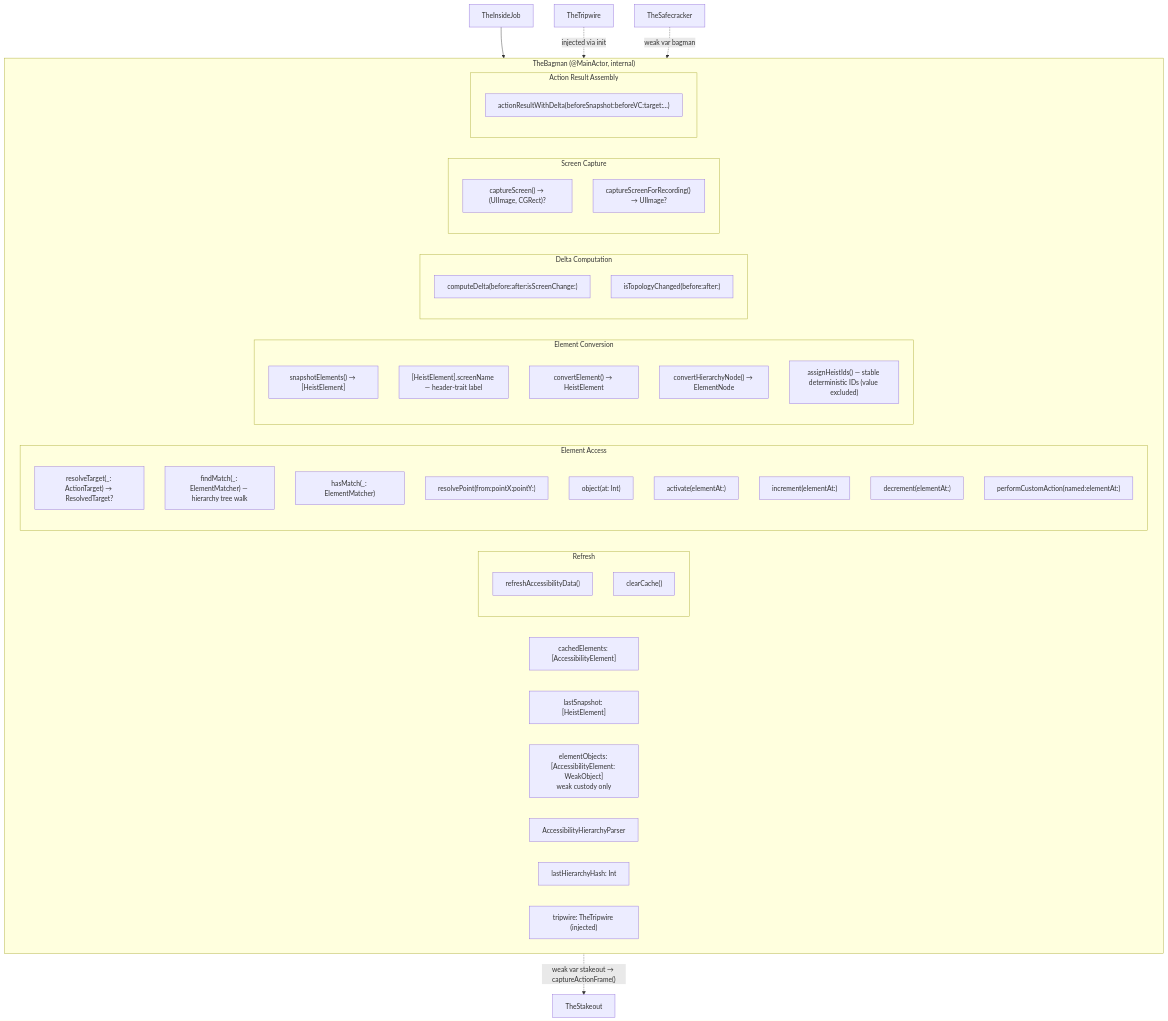
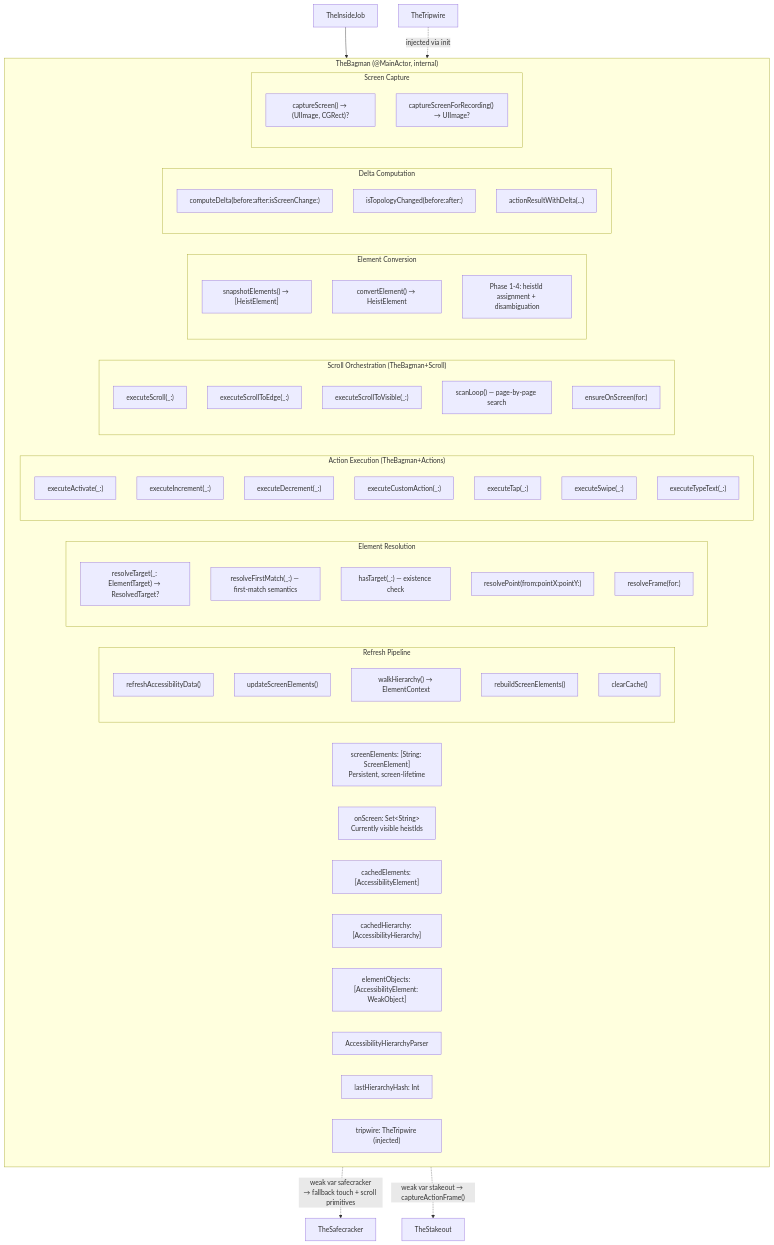
Before and after one commit to RoyalPineapple/TheButtonHeist: the second of 9 diagrams in docs/dossiers/13-THEBAGMAN.md, drawn with Mermaid. The commit also changed other lines of this file and 16 other files, not shown here.

First line of the commit message:
Fix scroll_to_visible and scroll_to_edge for SwiftUI lazy containers

````diff
--- a/docs/dossiers/13-THEBAGMAN.md
+++ b/docs/dossiers/13-THEBAGMAN.md
@@ -35,55 +64,69 @@
 ```mermaid
 graph TD
     subgraph TheBagman["TheBagman (@MainActor, internal)"]
+        Registry["screenElements: [String: ScreenElement]<br/>Persistent, screen-lifetime"]
+        OnScreen["onScreen: Set&lt;String&gt;<br/>Currently visible heistIds"]
         Cache["cachedElements: [AccessibilityElement]"]
-        LastSnap["lastSnapshot: [HeistElement]"]
-        WeakRefs["elementObjects: [AccessibilityElement: WeakObject]<br/>weak custody only"]
+        Hierarchy["cachedHierarchy: [AccessibilityHierarchy]"]
+        WeakRefs["elementObjects: [AccessibilityElement: WeakObject]"]
         Parser["AccessibilityHierarchyParser"]
         Hash["lastHierarchyHash: Int"]
         Tripwire["tripwire: TheTripwire (injected)"]
 
-        subgraph Refresh["Refresh"]
+        subgraph Refresh["Refresh Pipeline"]
             RefreshData["refreshAccessibilityData()"]
+            UpdateScreen["updateScreenElements()"]
+            WalkHierarchy["walkHierarchy() → ElementContext"]
+            RebuildScreen["rebuildScreenElements()"]
             ClearCache["clearCache()"]
         end
 
-        subgraph ElementAccess["Element Access"]
-            ResolveTarget["resolveTarget(_: ActionTarget) → ResolvedTarget?"]
-            FindMatch["findMatch(_: ElementMatcher) — hierarchy tree walk"]
-            HasMatch["hasMatch(_: ElementMatcher)"]
+        subgraph Resolution["Element Resolution"]
+            ResolveTarget["resolveTarget(_: ElementTarget) → ResolvedTarget?"]
+            ResolveFirstMatch["resolveFirstMatch(_:) — first-match semantics"]
+            HasTarget["hasTarget(_:) — existence check"]
             ResolvePoint["resolvePoint(from:pointX:pointY:)"]
-            ObjectAt["object(at: Int)"]
-            Activate["activate(elementAt:)"]
-            Increment["increment(elementAt:)"]
-            Decrement["decrement(elementAt:)"]
-            CustomAction["performCustomAction(named:elementAt:)"]
+            ResolveFrame["resolveFrame(for:)"]
+        end
+
+        subgraph Actions["Action Execution (TheBagman+Actions)"]
+            Activate["executeActivate(_:)"]
+            Increment["executeIncrement(_:)"]
+            Decrement["executeDecrement(_:)"]
+            CustomAction["executeCustomAction(_:)"]
+            Tap["executeTap(_:)"]
+            Swipe["executeSwipe(_:)"]
+            TypeText["executeTypeText(_:)"]
+        end
+
+        subgraph Scrolling["Scroll Orchestration (TheBagman+Scroll)"]
+            Scroll["executeScroll(_:)"]
+            ScrollEdge["executeScrollToEdge(_:)"]
+            ScrollVisible["executeScrollToVisible(_:)"]
+            ScanLoop["scanLoop() — page-by-page search"]
+            EnsureOnScreen["ensureOnScreen(for:)"]
         end
 
         subgraph Conversion["Element Conversion"]
             Snapshot["snapshotElements() → [HeistElement]"]
-            ScreenName["[HeistElement].screenName — header-trait label"]
             Convert["convertElement() → HeistElement"]
-            ConvertTree["convertHierarchyNode() → ElementNode"]
-            AssignIds["assignHeistIds() — stable deterministic IDs (value excluded)"]
+            AssignIds["Phase 1-4: heistId assignment + disambiguation"]
         end
 
         subgraph Delta["Delta Computation"]
             ComputeDelta["computeDelta(before:after:isScreenChange:)"]
             TopoChanged["isTopologyChanged(before:after:)"]
+            ActionResult["actionResultWithDelta(...)"]
         end
 
         subgraph Screen["Screen Capture"]
             CaptureScreen["captureScreen() → (UIImage, CGRect)?"]
             CaptureRecording["captureScreenForRecording() → UIImage?"]
         end
-
-        subgraph ActionResult["Action Result Assembly"]
-            ResultDelta["actionResultWithDelta(beforeSnapshot:beforeVC:target:...)"]
-        end
     end
 
     TheInsideJob["TheInsideJob"] --> TheBagman
     TheTripwire["TheTripwire"] -.->|injected via init| TheBagman
-    TheSafecracker["TheSafecracker"] -.->|weak var bagman| TheBagman
+    TheBagman -.->|"weak var safecracker<br/>→ fallback touch + scroll primitives"| TheSafecracker["TheSafecracker"]
     TheBagman -.->|"weak var stakeout → captureActionFrame()"| TheStakeout["TheStakeout"]
 ```
````
